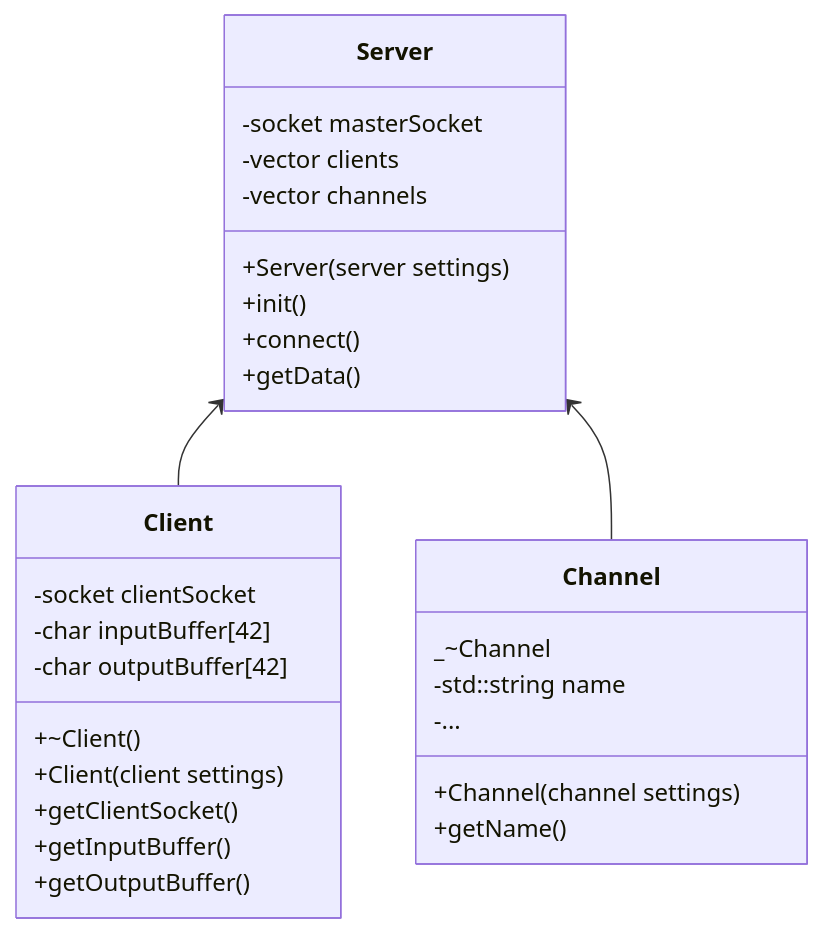
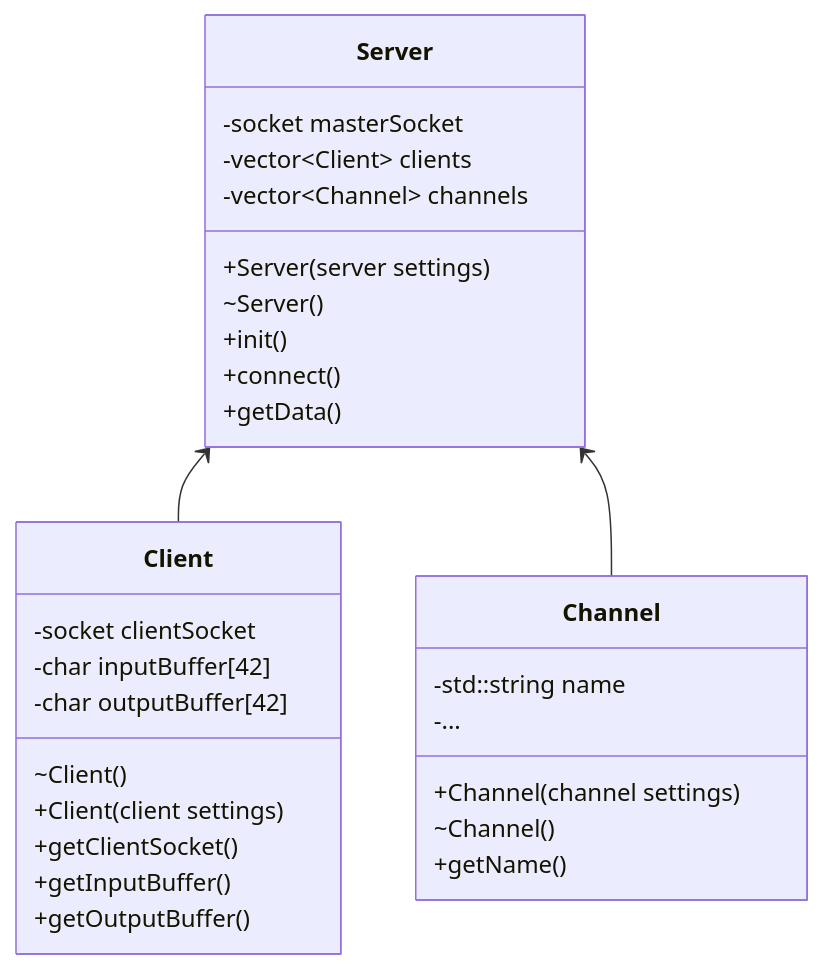
One commit to simon-ameye/42-ft_irc changed the second of 2 diagrams in Readme.md. Above: the diagram before and after it, drawn with Mermaid.

````diff
--- a/Readme.md
+++ b/Readme.md
@@ -56,34 +56,35 @@
 ```mermaid
 classDiagram
     class Server{
         +Server(server settings)
+		~Server()
         -socket masterSocket
-        -vector<Client> clients
-		-vector<Channel> channels
+        -vector~Client~ clients
+		-vector~Channel~ channels
         +init()
         +connect()
         +getData()
     }
 
     class Client{
-        +~Client()
+        ~Client()
         +Client(client settings)
         +getClientSocket()
         +getInputBuffer()
         +getOutputBuffer()
         -socket clientSocket
         -char inputBuffer[42]
         -char outputBuffer[42]
     }
 
     class Channel{
 		+Channel(channel settings)
-		_~Channel
+		~Channel()
 		-std::string name
 		+getName()
 		-...
     }
 
 Server <-- Client
 Server <-- Channel
 ```
````
